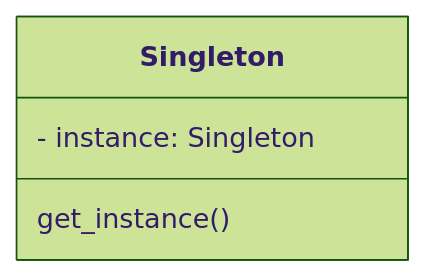
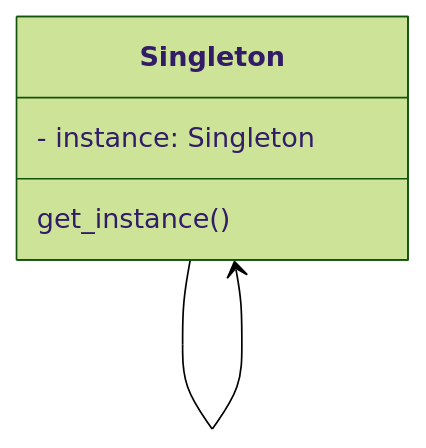
Before and after one commit to Tomperez98/py-design-patterns: the diagram in patterns/singleton/README.md, drawn with Mermaid (forest theme). The commit also changed 1 other file, not shown here.

Commit message:
Add better README

````diff
--- a/patterns/singleton/README.md
+++ b/patterns/singleton/README.md
@@ -16,7 +16,9 @@
 ```mermaid
 classDiagram
     class Singleton {
         - instance: Singleton
         get_instance()
     }
+
+    Singleton --> Singleton
 ```
````
